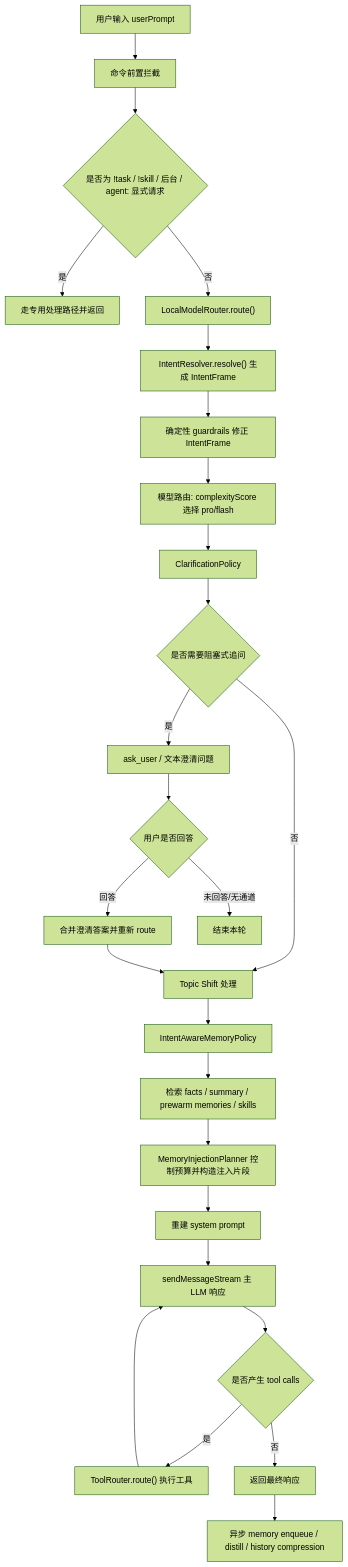
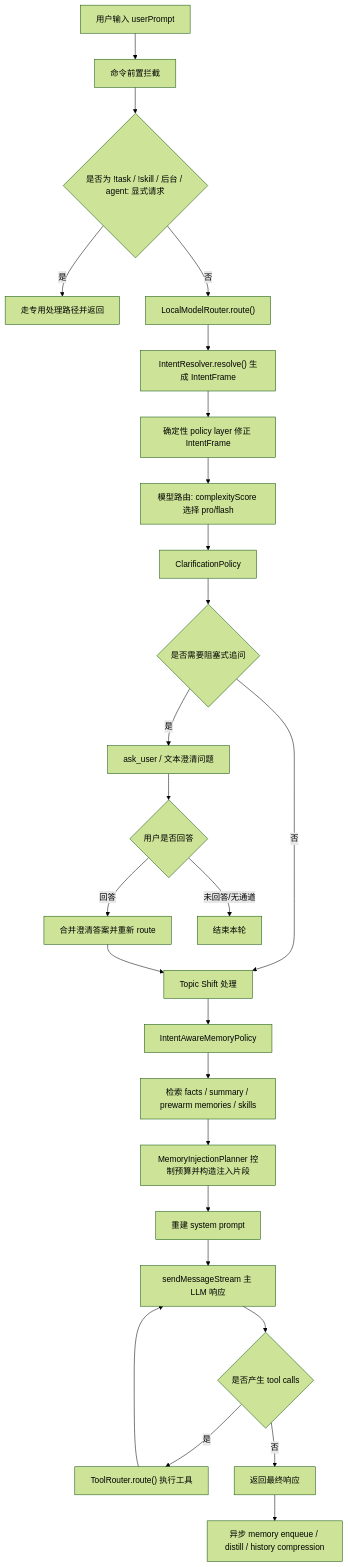
Before and after one commit to DavidLiuXh/jarvis-personal-ai: the diagram in docs/core/intent-understanding-flow.md, drawn with Mermaid (forest theme). The commit also changed other lines of this file and 1 other file, not shown here.

Commit message:
Consolidate intent understanding documentation

````diff
--- a/docs/core/intent-understanding-flow.md
+++ b/docs/core/intent-understanding-flow.md
@@ -11,28 +15,28 @@
 ```mermaid
 flowchart TD
     A["用户输入 userPrompt"] --> B["命令前置拦截"]
     B --> C{"是否为 !task / !skill / 后台 / agent: 显式请求"}
     C -- "是" --> C1["走专用处理路径并返回"]
     C -- "否" --> D["LocalModelRouter.route()"]
     D --> E["IntentResolver.resolve() 生成 IntentFrame"]
-    E --> F["确定性 guardrails 修正 IntentFrame"]
+    E --> F["确定性 policy layer 修正 IntentFrame"]
     F --> G["模型路由: complexityScore 选择 pro/flash"]
     G --> H["ClarificationPolicy"]
     H --> I{"是否需要阻塞式追问"}
     I -- "是" --> I1["ask_user / 文本澄清问题"]
     I1 --> I2{"用户是否回答"}
     I2 -- "回答" --> I3["合并澄清答案并重新 route"]
     I2 -- "未回答/无通道" --> I4["结束本轮"]
     I -- "否" --> J["Topic Shift 处理"]
     I3 --> J
     J --> K["IntentAwareMemoryPolicy"]
     K --> L["检索 facts / summary / prewarm memories / skills"]
     L --> M["MemoryInjectionPlanner 控制预算并构造注入片段"]
     M --> N["重建 system prompt"]
     N --> O["sendMessageStream 主 LLM 响应"]
     O --> P{"是否产生 tool calls"}
     P -- "是" --> Q["ToolRouter.route() 执行工具"]
     Q --> O
     P -- "否" --> R["返回最终响应"]
     R --> S["异步 memory enqueue / distill / history compression"]
 ```
````
